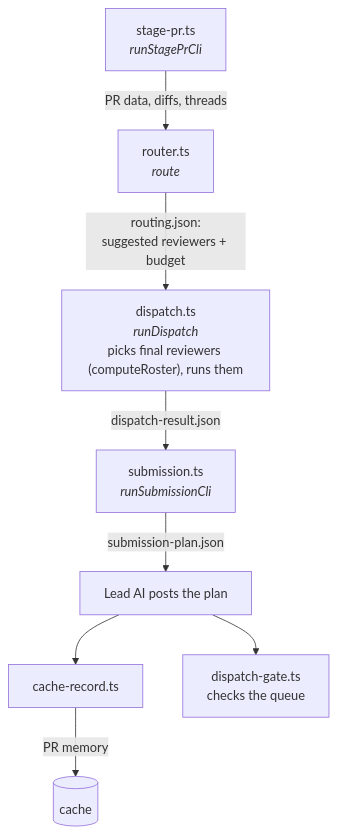
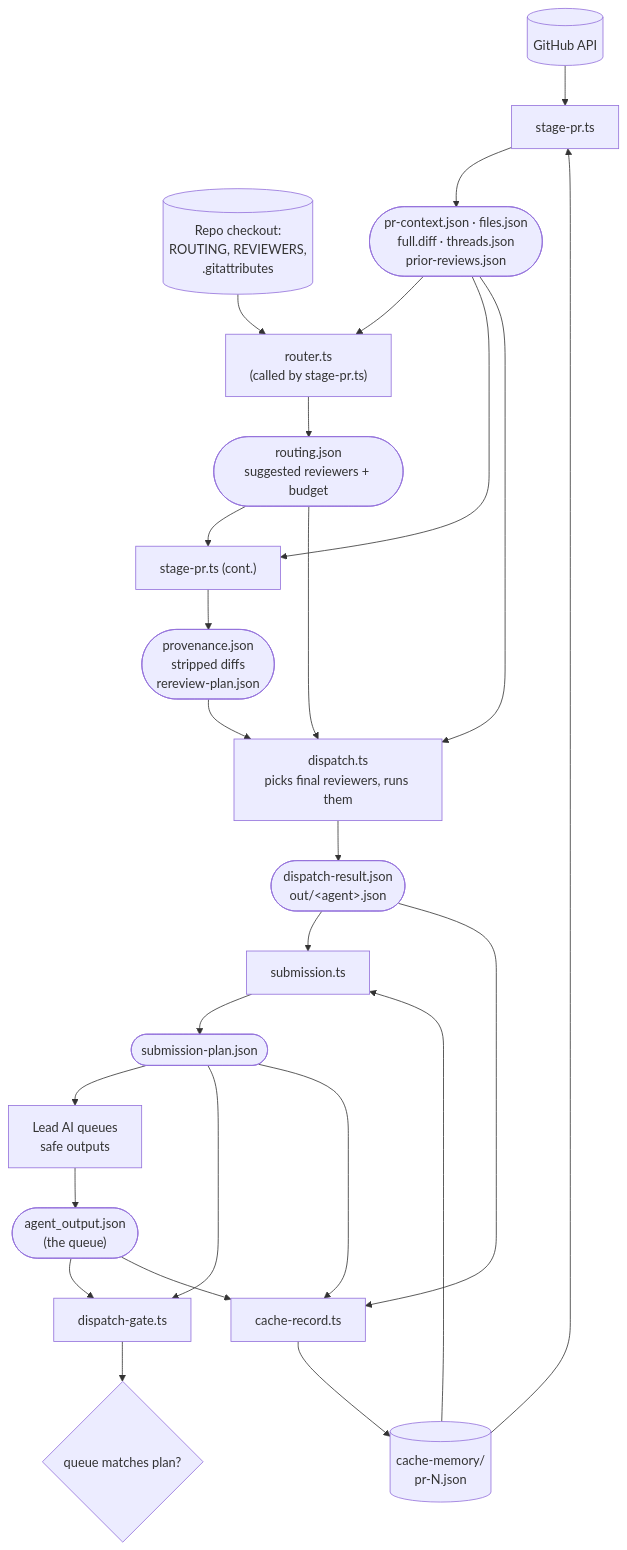
Before and after one commit to Khan/actions: the seventh of 8 diagrams in workflows/review/ARCHITECTURE.md, drawn with Mermaid. The commit also changed other lines of this file, not shown here.

Commit message:
check in

````diff
--- a/workflows/review/ARCHITECTURE.md
+++ b/workflows/review/ARCHITECTURE.md
@@ -114,10 +116,29 @@
 ```mermaid
 flowchart TD
-  A["stage-pr.ts<br/><i>runStagePrCli</i>"] -->|PR data, diffs, threads| B
-  B["router.ts<br/><i>route</i>"] -->|routing.json:<br/>suggested reviewers + budget| C
-  C["dispatch.ts<br/><i>runDispatch</i><br/>picks final reviewers (computeRoster), runs them"] -->|dispatch-result.json| D
-  D["submission.ts<br/><i>runSubmissionCli</i>"] -->|submission-plan.json| E
-  E[Lead AI posts the plan] --> F
-  F["cache-record.ts"] -->|PR memory| G[(cache)]
-  E --> H["dispatch-gate.ts<br/>checks the queue"]
+  GH[(GitHub API)] --> A
+  Repo[(Repo checkout:<br/>ROUTING, REVIEWERS,<br/>.gitattributes)] --> B
+  Cache[(cache-memory/<br/>pr-N.json)] --> A
+
+  A["stage-pr.ts"] --> F1(["pr-context.json · files.json<br/>full.diff · threads.json<br/>prior-reviews.json"])
+  F1 --> B["router.ts<br/>(called by stage-pr.ts)"]
+  B --> F2(["routing.json<br/>suggested reviewers + budget"])
+  F1 --> A2["stage-pr.ts (cont.)"]
+  F2 --> A2
+  A2 --> F3(["provenance.json<br/>stripped diffs<br/>rereview-plan.json"])
+
+  F1 & F2 & F3 --> C["dispatch.ts<br/>picks final reviewers, runs them"]
+  C --> F4(["dispatch-result.json<br/>out/&lt;agent&gt;.json"])
+
+  F4 --> D["submission.ts"]
+  Cache --> D
+  D --> F5(["submission-plan.json"])
+
+  F5 --> E["Lead AI queues<br/>safe outputs"]
+  E --> Q(["agent_output.json<br/>(the queue)"])
+
+  Q & F5 --> H["dispatch-gate.ts"]
+  H --> HV{"queue matches plan?"}
+
+  Q & F4 & F5 --> R["cache-record.ts"]
+  R --> Cache
 ```
````
